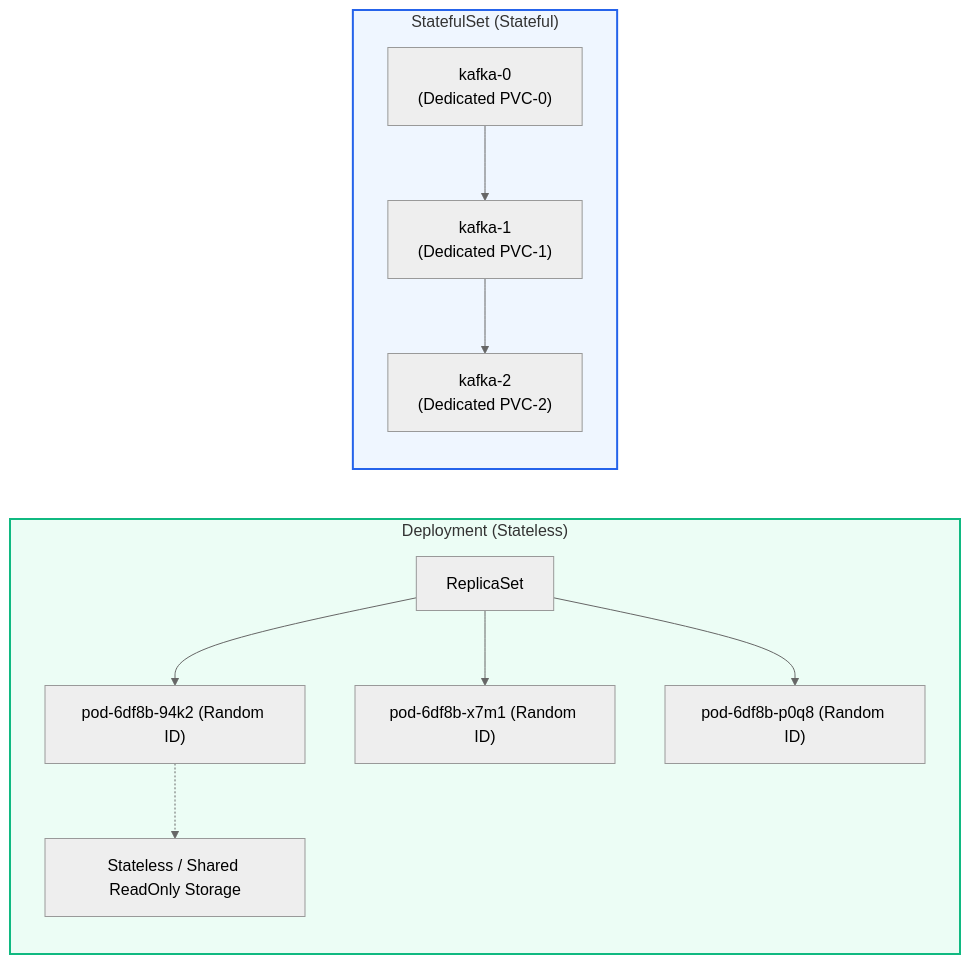
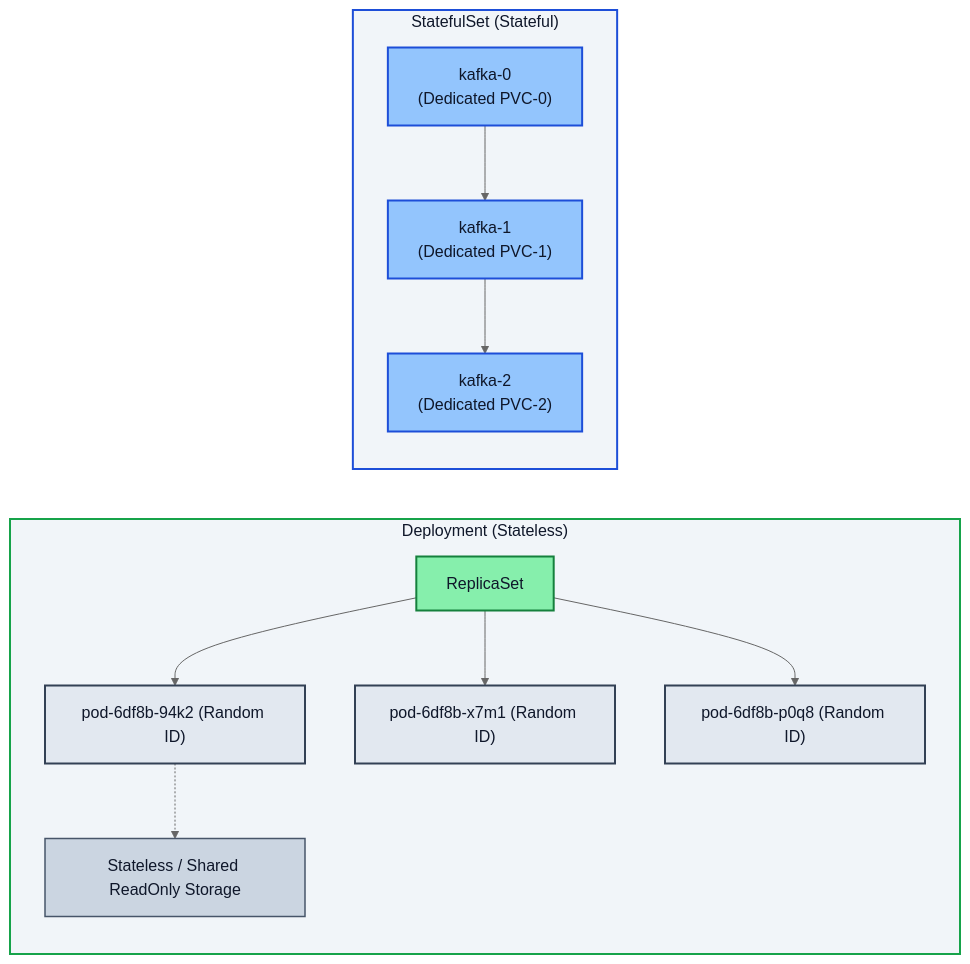
One commit to PandeyKishan/Study-Notes changed the second of 4 diagrams in 02-Kubernetes/02-Workloads-and-Scheduling.md. Above: the diagram before and after it, drawn with Mermaid (neutral theme). The commit also changed other lines of this file and 22 other files, not shown here.

Commit message:
docs: enhance diagram visibility with high-contrast palette and add concise book definitions

````diff
--- a/02-Kubernetes/02-Workloads-and-Scheduling.md
+++ b/02-Kubernetes/02-Workloads-and-Scheduling.md
@@ -93,17 +103,25 @@
 ```mermaid
 flowchart LR
     subgraph Deploy_Model["Deployment (Stateless)"]
         D_RS["ReplicaSet"] --> D_P1["pod-6df8b-94k2 (Random ID)"]
         D_RS --> D_P2["pod-6df8b-x7m1 (Random ID)"]
         D_RS --> D_P3["pod-6df8b-p0q8 (Random ID)"]
         D_P1 -.-> SharedPVC["Stateless / Shared ReadOnly Storage"]
     end
 
     subgraph Stateful_Model["StatefulSet (Stateful)"]
         S_P0["kafka-0\n(Dedicated PVC-0)"] --> S_P1["kafka-1\n(Dedicated PVC-1)"]
         S_P1 --> S_P2["kafka-2\n(Dedicated PVC-2)"]
     end
 
-    style Deploy_Model fill:#ecfdf5,stroke:#10b981,stroke-width:2px
-    style Stateful_Model fill:#eff6ff,stroke:#2563eb,stroke-width:2px
+    style Deploy_Model fill:#f1f5f9,stroke:#16a34a,stroke-width:2px,color:#0f172a
+    style Stateful_Model fill:#f1f5f9,stroke:#1d4ed8,stroke-width:2px,color:#0f172a
+    style D_RS fill:#86efac,stroke:#15803d,stroke-width:2px,color:#0f172a
+    style D_P1 fill:#e2e8f0,stroke:#334155,stroke-width:2px,color:#0f172a
+    style D_P2 fill:#e2e8f0,stroke:#334155,stroke-width:2px,color:#0f172a
+    style D_P3 fill:#e2e8f0,stroke:#334155,stroke-width:2px,color:#0f172a
+    style SharedPVC fill:#cbd5e1,stroke:#475569,stroke-width:1.5px,color:#0f172a
+    style S_P0 fill:#93c5fd,stroke:#1d4ed8,stroke-width:2px,color:#0f172a
+    style S_P1 fill:#93c5fd,stroke:#1d4ed8,stroke-width:2px,color:#0f172a
+    style S_P2 fill:#93c5fd,stroke:#1d4ed8,stroke-width:2px,color:#0f172a
 ```
````
